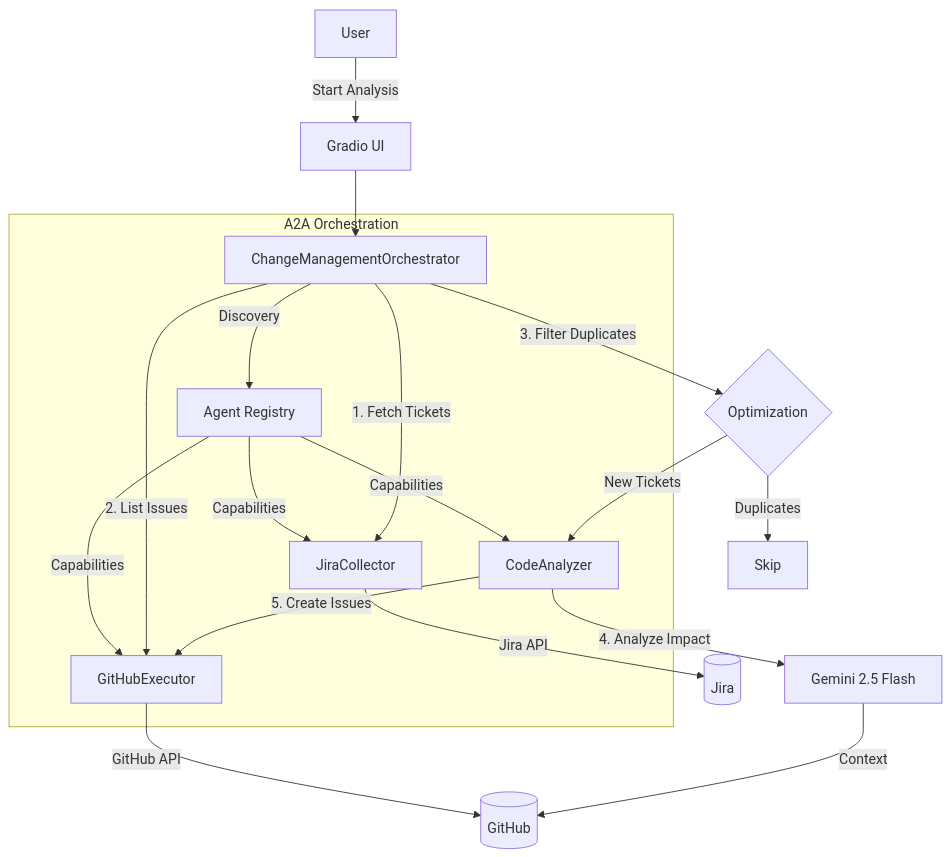
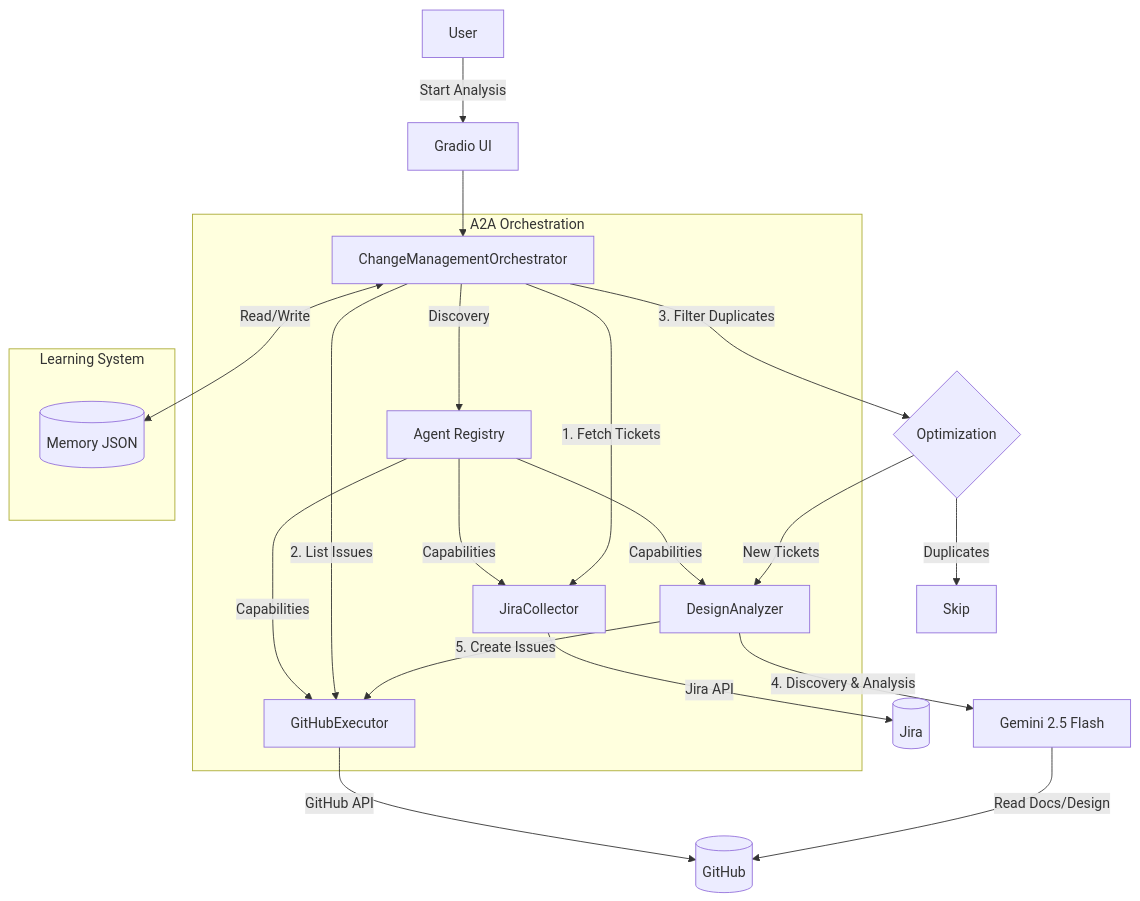
One commit to akshay-mp/autonomous-change-management changed the diagram in README.md. Above: the diagram before and after it, drawn with Mermaid. The commit also changed other lines of this file and 5 other files, not shown here.

Commit message:
design analysis instead of repo code

````diff
--- a/README.md
+++ b/README.md
@@ -62,28 +67,32 @@
 ```mermaid
 graph TD
     User[User] -->|Start Analysis| UI[Gradio UI]
     UI --> Orchestrator[ChangeManagementOrchestrator]
     
     subgraph "A2A Orchestration"
         Orchestrator -->|Discovery| Registry[Agent Registry]
         Registry -->|Capabilities| JC[JiraCollector]
         Registry -->|Capabilities| GE[GitHubExecutor]
-        Registry -->|Capabilities| CA[CodeAnalyzer]
+        Registry -->|Capabilities| DA[DesignAnalyzer]
+    end
+    
+    subgraph "Learning System"
+        Orchestrator <-->|Read/Write| Memory[(Memory JSON)]
     end
     
     Orchestrator -->|1. Fetch Tickets| JC
     JC -->|Jira API| Jira[(Jira)]
     
     Orchestrator -->|2. List Issues| GE
     GE -->|GitHub API| GitHub[(GitHub)]
     
     Orchestrator -->|3. Filter Duplicates| Logic{Optimization}
     
-    Logic -->|New Tickets| CA
+    Logic -->|New Tickets| DA
     Logic -->|Duplicates| Skip[Skip]
     
-    CA -->|4. Analyze Impact| Gemini[Gemini 2.5 Flash]
-    Gemini -->|Context| GitHub
+    DA -->|4. Discovery & Analysis| Gemini[Gemini 2.5 Flash]
+    Gemini -->|Read Docs/Design| GitHub
     
-    CA -->|5. Create Issues| GE
+    DA -->|5. Create Issues| GE
 ```
````
